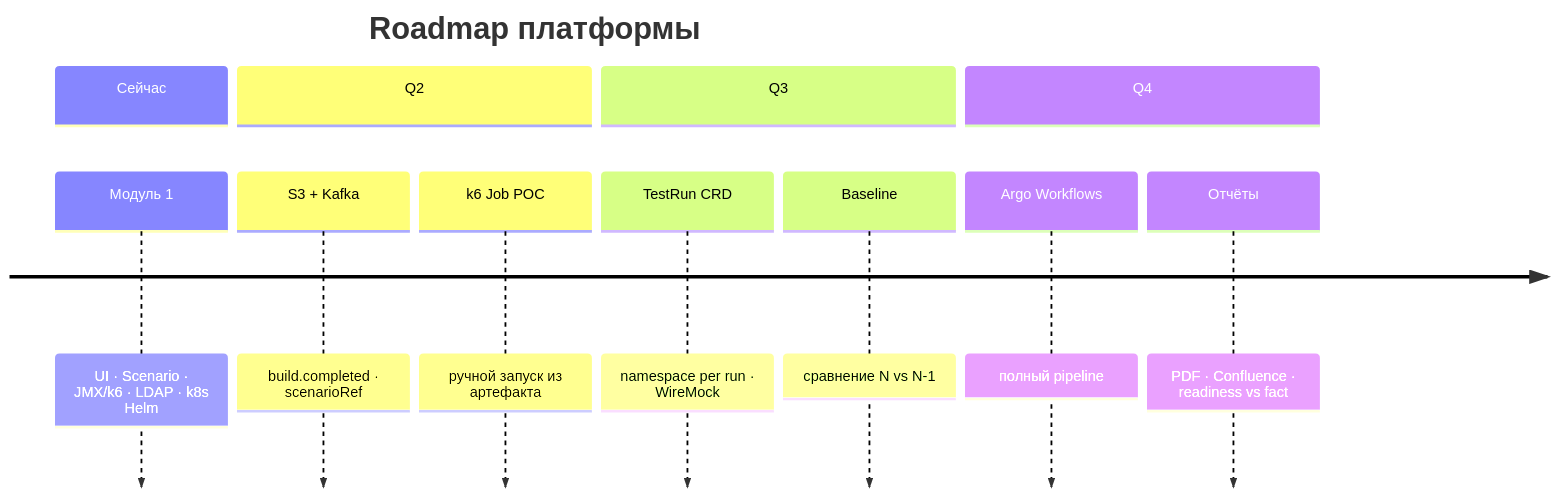
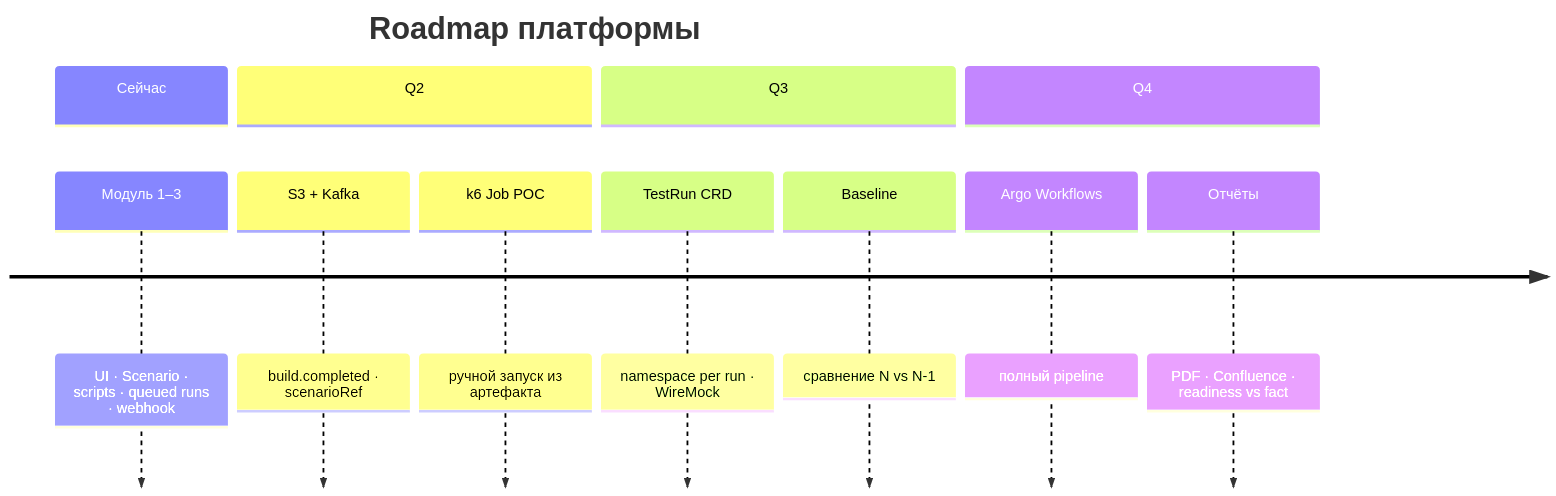
The ninth of 9 diagrams in docs/architecture-overview.md (veterokx-hub/loadportal), drawn with Mermaid before and after one commit. The commit also changed other lines of this file and 144 other files, not shown here.

````diff
--- a/docs/architecture-overview.md
+++ b/docs/architecture-overview.md
@@ -289,15 +289,15 @@
 ```mermaid
 timeline
   title Roadmap платформы
   section Сейчас
-    Модуль 1 : UI · Scenario · JMX/k6 · LDAP · k8s Helm
+    Модуль 1–3 : UI · Scenario · scripts · queued runs · webhook
   section Q2
     S3 + Kafka : build.completed · scenarioRef
     k6 Job POC : ручной запуск из артефакта
   section Q3
     TestRun CRD : namespace per run · WireMock
     Baseline : сравнение N vs N-1
   section Q4
     Argo Workflows : полный pipeline
     Отчёты : PDF · Confluence · readiness vs fact
 ```
````
